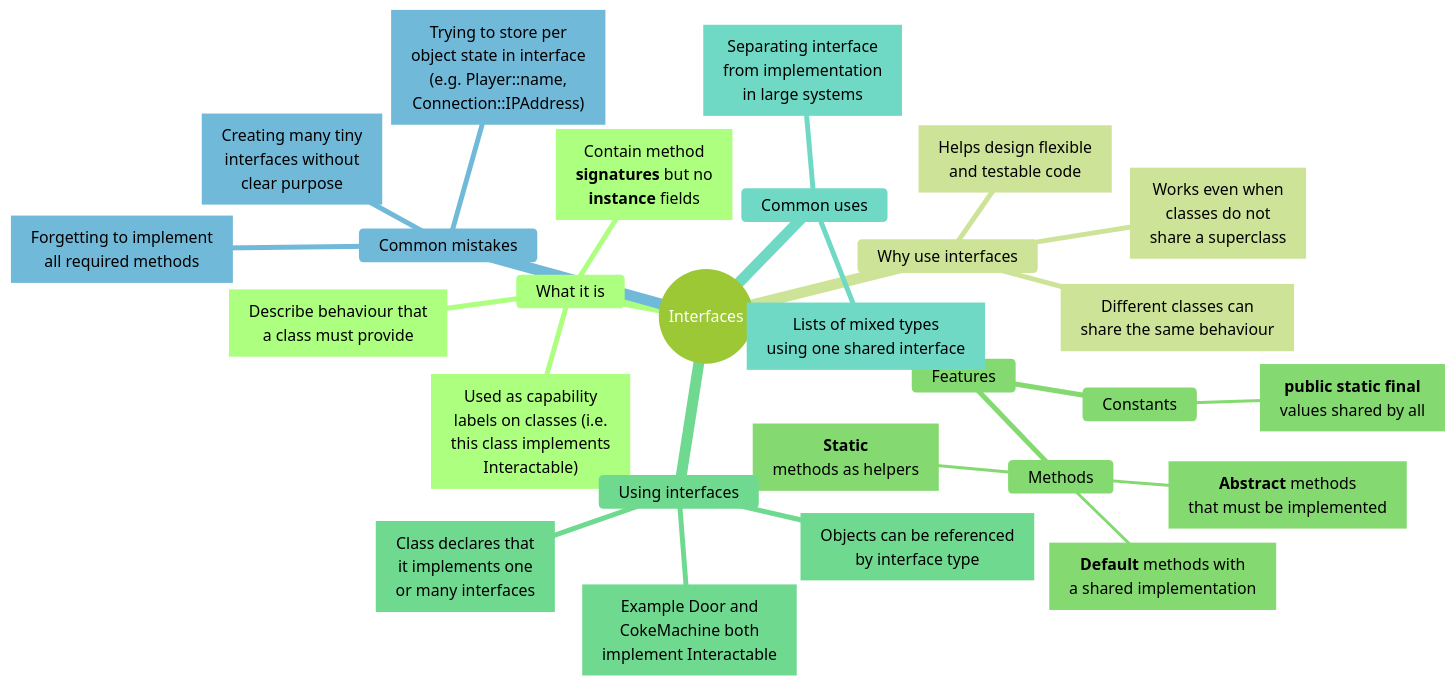
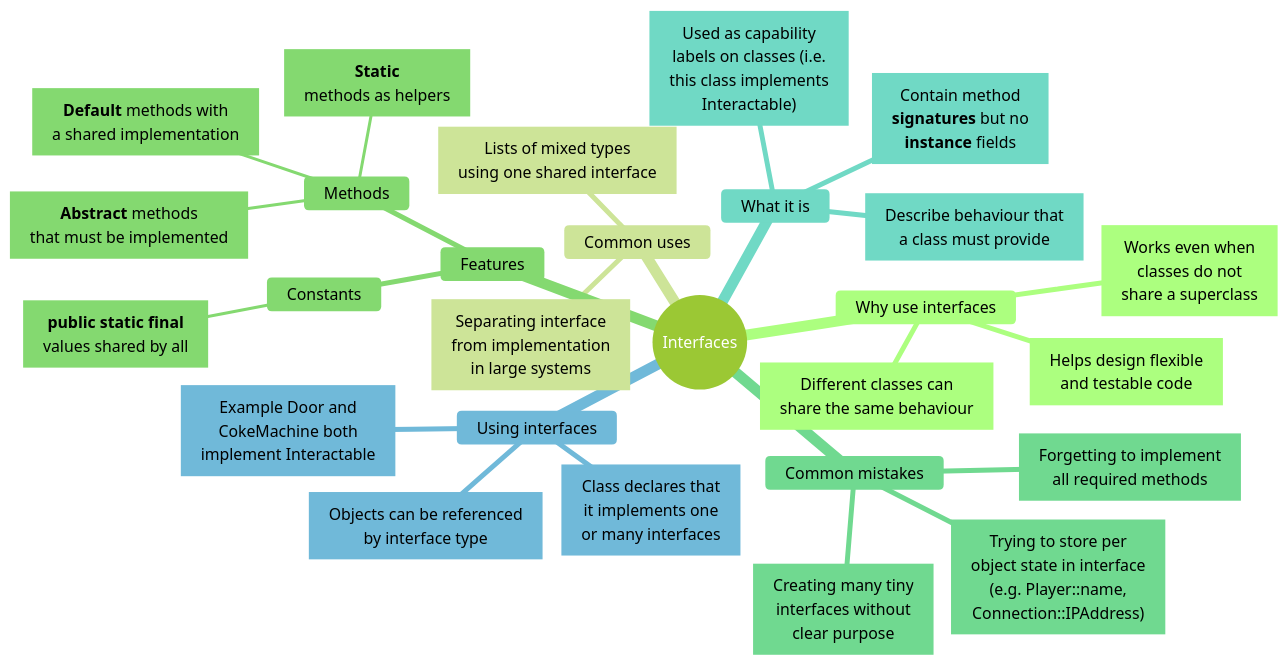
The tenth of 10 diagrams in notes/shared/mind maps/revision_t00_t09.md (nmcguinness/L8-OOP-Module-Content), drawn with Mermaid before and after one commit. The commit also changed other lines of this file and 4 other files, not shown here.

Commit message:
fixed mindmap label truncation and added admonitions test

````diff
--- a/notes/shared/mind maps/revision_t00_t09.md
+++ b/notes/shared/mind maps/revision_t00_t09.md
@@ -1215,68 +1215,68 @@
 ```mermaid
 ---
 title: "Interfaces"
 accDescr: "Mind map of Interfaces. Branches: What it is; Why use interfaces; Features; Using interfaces; Common uses; Common mistakes."
 ---
 %%{init: { "theme": "forest", "markdownAutoWrap": false, "mindmap": { "maxNodeWidth": 300 } }}%%
 mindmap
   root((Interfaces))
-    What it is
-      n1["`Describe behaviour that
-      a class must provide`"]
-      n2["`Contain method
-      **signatures** but no
-      **instance** fields`"]
-      n3["`Used as capability
-      labels on classes (i.e.
-      this class implements
-      Interactable)`"]
-
     Why use interfaces
       n4["`Different classes can
       share the same behaviour`"]
       n5["`Works even when
       classes do not
       share a superclass`"]
       n6["`Helps design flexible
       and testable code`"]
+
+    Common uses
+      n14["`Lists of mixed types
+      using one shared interface`"]
+      n15["`Separating interface
+      from implementation
+      in large systems`"]
 
     Features
       Methods
         n7["`**Abstract** methods
         that must be implemented`"]
         n8["`**Default** methods with
         a shared implementation`"]
         n9["`**Static**
         methods as helpers`"]
       Constants
         n10["`**public static final**
         values shared by all`"]
 
-    Using interfaces
-      n11["`Class declares that
-      it implements one
-      or many interfaces`"]
-      n12["`Objects can be referenced
-      by interface type`"]
-      n13["`Example Door and
-      CokeMachine both
-      implement Interactable`"]
-
-    Common uses
-      n14["`Lists of mixed types
-      using one shared interface`"]
-      n15["`Separating interface
-      from implementation
-      in large systems`"]
-
     Common mistakes
       n16["`Trying to store per
       object state in interface
       (e.g. Player::name,
       Connection::IPAddress)`"]
       n17["`Creating many tiny
       interfaces without
       clear purpose`"]
       n18["`Forgetting to implement
       all required methods`"]
+
+    What it is
+      n1["`Describe behaviour that
+      a class must provide`"]
+      n2["`Contain method
+      **signatures** but no
+      **instance** fields`"]
+      n3["`Used as capability
+      labels on classes (i.e.
+      this class implements
+      Interactable)`"]
+
+    Using interfaces
+      n11["`Class declares that
+      it implements one
+      or many interfaces`"]
+      n12["`Objects can be referenced
+      by interface type`"]
+      n13["`Example Door and
+      CokeMachine both
+      implement Interactable`"]
 ```
````
